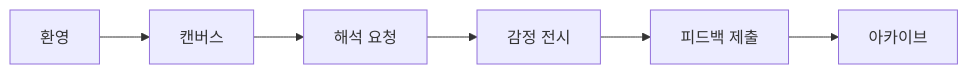
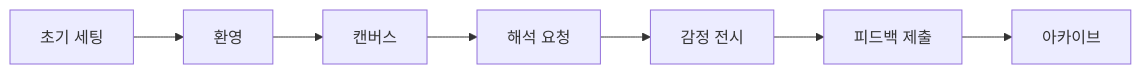
Before and after one commit to acertainromance401/SentiVision: the first of 2 diagrams in Project_Descriptions/Wireframe_SentiVision.md, drawn with Mermaid. The commit also changed other lines of this file and 10 other files, not shown here.

Commit message:
Refresh project docs for setup flow

````diff
--- a/Project_Descriptions/Wireframe_SentiVision.md
+++ b/Project_Descriptions/Wireframe_SentiVision.md
@@ -161,8 +172,9 @@
 ```mermaid
 flowchart LR
-  A[환영] --> B[캔버스]
+  Z[초기 세팅] --> A[환영]
+  A --> B[캔버스]
   B --> C[해석 요청]
   C --> D[감정 전시]
   D --> E[피드백 제출]
   E --> F[아카이브]
 ```
````
